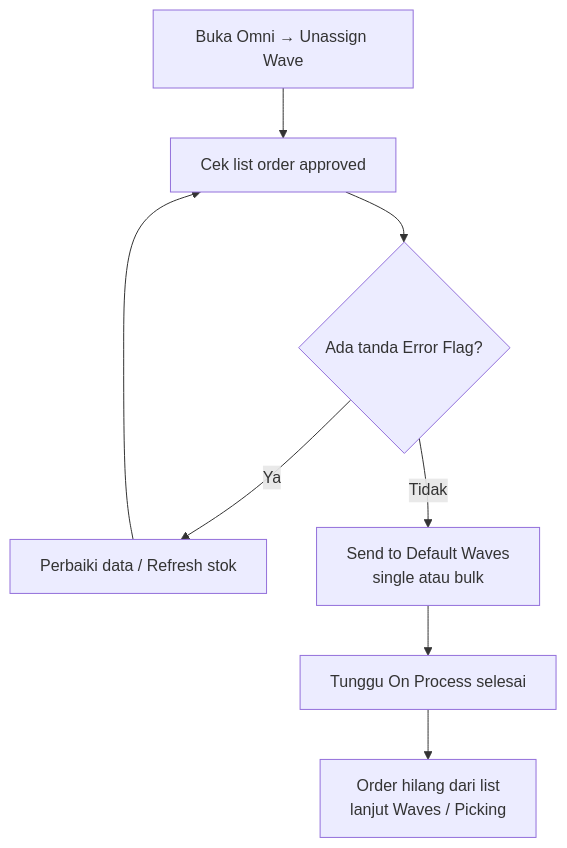
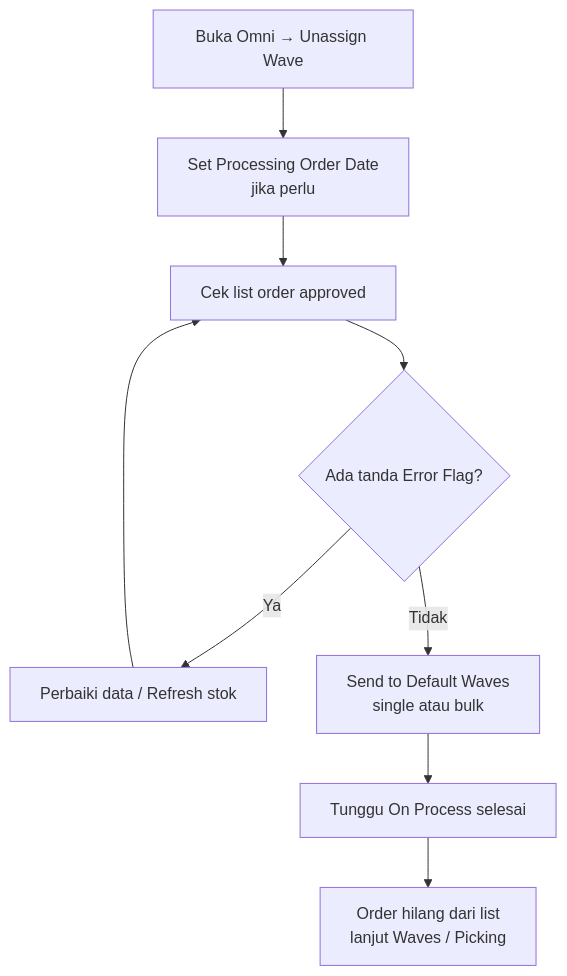
The diagram in qa-docs/omni-unassign-wave/knowledge-base.md (yendyr/olshoperp-docs), drawn with Mermaid before and after one commit. The commit also changed other lines of this file and 47 other files, not shown here.

````diff
--- a/qa-docs/omni-unassign-wave/knowledge-base.md
+++ b/qa-docs/omni-unassign-wave/knowledge-base.md
@@ -42,10 +42,11 @@
 ```mermaid
 flowchart TD
-    A["Buka Omni → Unassign Wave"] --> B["Cek list order approved"]
-    B --> C{"Ada tanda Error Flag?"}
-    C -->|Ya| D["Perbaiki data / Refresh stok"]
-    D --> B
-    C -->|Tidak| E["Send to Default Waves\nsingle atau bulk"]
-    E --> F["Tunggu On Process selesai"]
-    F --> G["Order hilang dari list\nlanjut Waves / Picking"]
+    A["Buka Omni → Unassign Wave"] --> B["Set Processing Order Date\njika perlu"]
+    B --> C["Cek list order approved"]
+    C --> D{"Ada tanda Error Flag?"}
+    D -->|Ya| E["Perbaiki data / Refresh stok"]
+    E --> C
+    D -->|Tidak| F["Send to Default Waves\nsingle atau bulk"]
+    F --> G["Tunggu On Process selesai"]
+    G --> H["Order hilang dari list\nlanjut Waves / Picking"]
 ```
````
